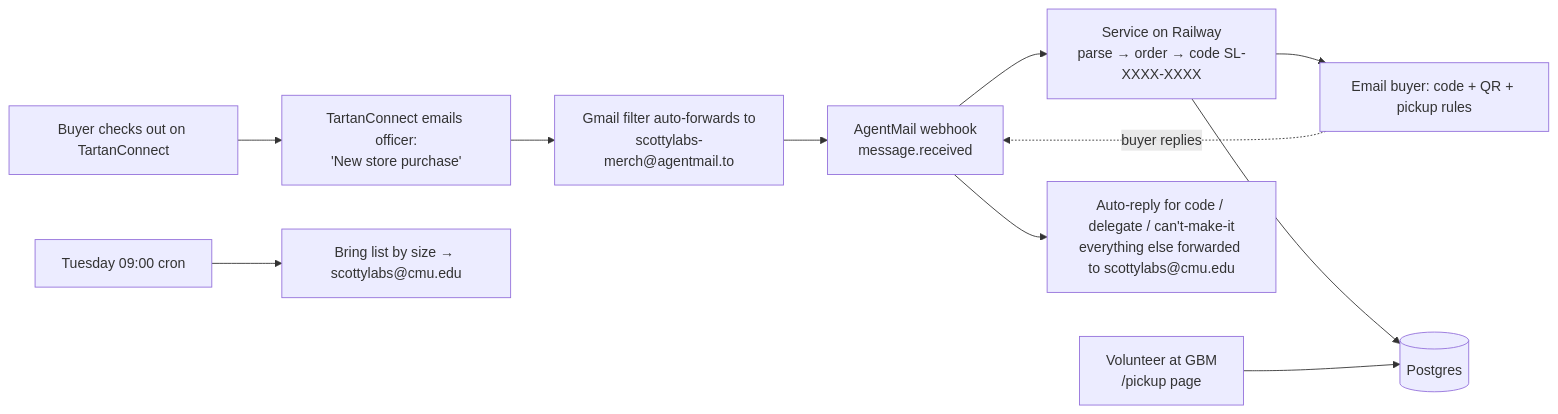
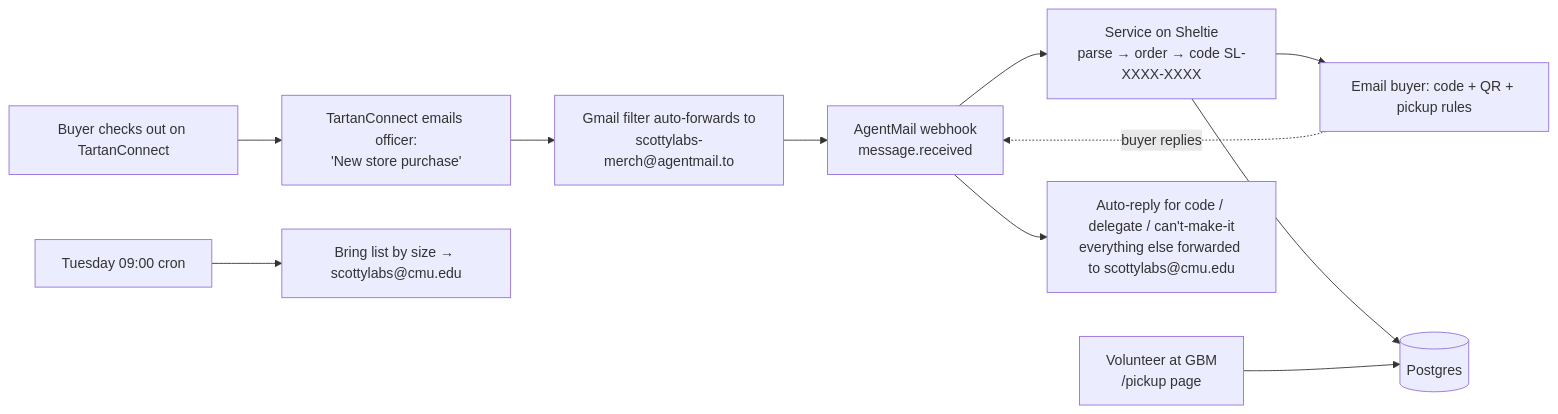
Before and after one commit to scottylabs-labrador/sl-merch-operations: the diagram in service/README.md, drawn with Mermaid. The commit also changed other lines of this file and 10 other files, not shown here.

````diff
--- a/service/README.md
+++ b/service/README.md
@@ -10,13 +10,13 @@
 ```mermaid
 flowchart LR
     A[Buyer checks out on TartanConnect] --> B[TartanConnect emails officer:<br/>'New store purchase']
     B --> C[Gmail filter auto-forwards to<br/>scottylabs-merch@agentmail.to]
     C --> D[AgentMail webhook<br/>message.received]
-    D --> E[Service on Railway<br/>parse → order → code SL-XXXX-XXXX]
+    D --> E[Service on Sheltie<br/>parse → order → code SL-XXXX-XXXX]
     E --> F[Email buyer: code + QR + pickup rules]
     E --> G[(Postgres)]
     H[Volunteer at GBM<br/>/pickup page] --> G
     F -. buyer replies .-> D
     D --> I[Auto-reply for code / delegate / can't-make-it<br/>everything else forwarded to scottylabs@cmu.edu]
     J[Tuesday 09:00 cron] --> K[Bring list by size → scottylabs@cmu.edu]
 ```
````
